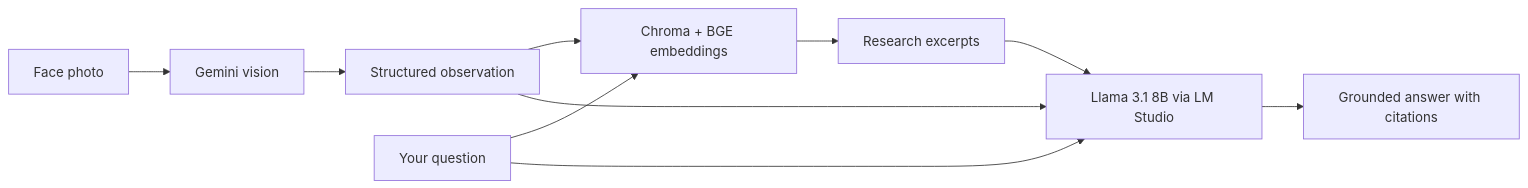
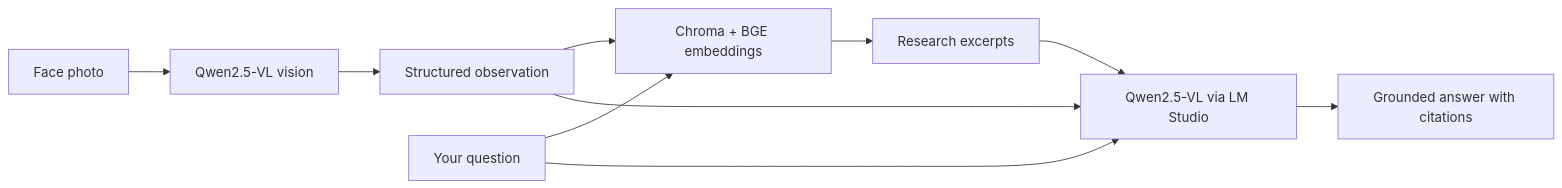
Before and after one commit to VincentXayasak/Facial-Acne-AI: the diagram in README.md, drawn with Mermaid. The commit also changed other lines of this file and 8 other files, not shown here.

````diff
--- a/README.md
+++ b/README.md
@@ -7,12 +7,12 @@
 ```mermaid
 flowchart LR
-  Photo[Face photo] --> Gemini[Gemini vision]
-  Gemini --> Obs[Structured observation]
+  Photo[Face photo] --> QwenVision[Qwen2.5-VL vision]
+  QwenVision --> Obs[Structured observation]
   Question[Your question] --> Retrieve[Chroma + BGE embeddings]
   Obs --> Retrieve
   Retrieve --> Chunks[Research excerpts]
-  Chunks --> Llama[Llama 3.1 8B via LM Studio]
-  Obs --> Llama
-  Question --> Llama
-  Llama --> Answer[Grounded answer with citations]
+  Chunks --> QwenChat[Qwen2.5-VL via LM Studio]
+  Obs --> QwenChat
+  Question --> QwenChat
+  QwenChat --> Answer[Grounded answer with citations]
 ```
````
